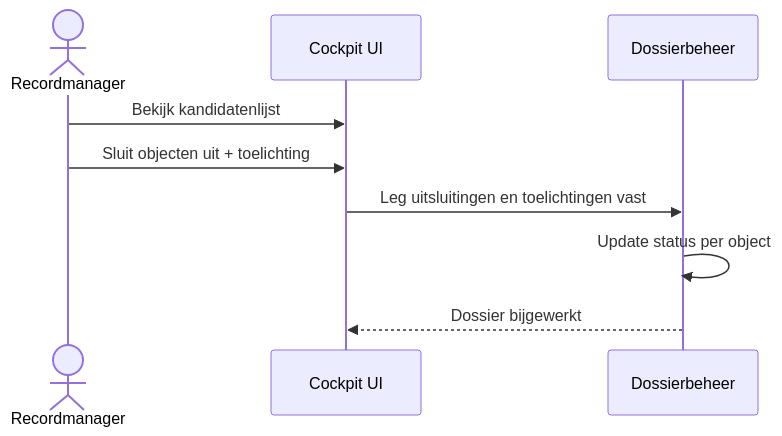
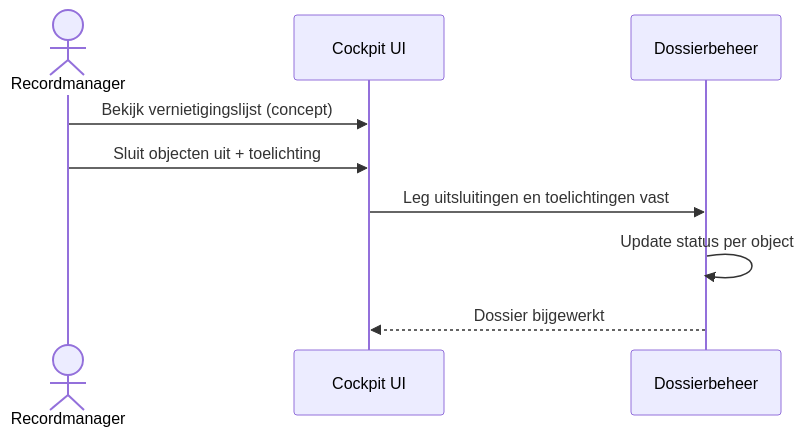
The third of 11 diagrams in architectuur/sequence-diagrammen.md (GemeenteArnhem/Vernietigingscockpit), drawn with Mermaid before and after one commit. The commit also changed other lines of this file and 48 other files, not shown here.

````diff
--- a/architectuur/sequence-diagrammen.md
+++ b/architectuur/sequence-diagrammen.md
@@ -72,12 +72,12 @@
 ```mermaid
 sequenceDiagram
     actor RM as Recordmanager
     participant UI as Cockpit UI
     participant D as Dossierbeheer
 
-    RM ->> UI: Bekijk kandidatenlijst
+    RM ->> UI: Bekijk vernietigingslijst (concept)
     RM ->> UI: Sluit objecten uit + toelichting
     UI ->> D: Leg uitsluitingen en toelichtingen vast
     D ->> D: Update status per object
     D -->> UI: Dossier bijgewerkt
 ```
````
